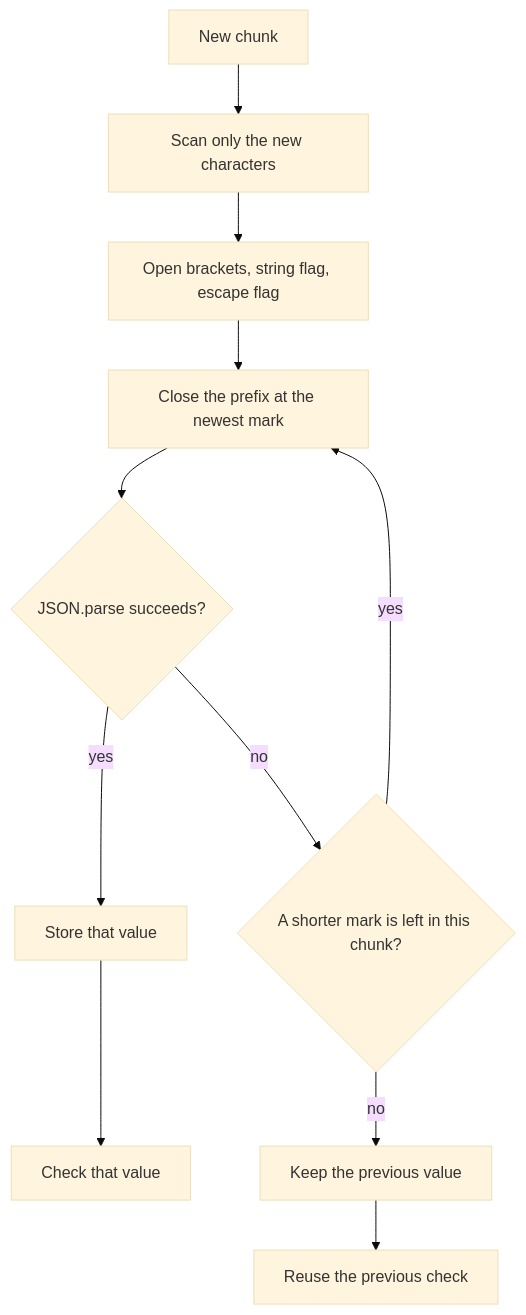
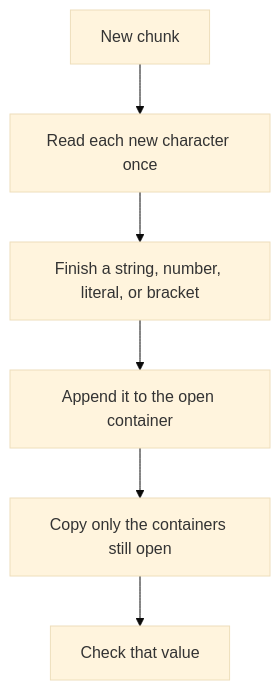
One commit to p10ns11y/adaptate changed the diagram in docs/incremental-parser.md. Above: the diagram before and after it, drawn with Mermaid (base theme). The commit also changed other lines of this file and 5 other files, not shown here.

First line of the commit message:
feat: tokenize partial JSON with a container stack

````diff
--- a/docs/incremental-parser.md
+++ b/docs/incremental-parser.md
@@ -8,13 +8,8 @@
 ```mermaid
 flowchart TD
-  chunk["New chunk"] --> scan["Scan only the new characters"]
-  scan --> marks["Open brackets, string flag, escape flag"]
-  marks --> close["Close the prefix at the newest mark"]
-  close --> parsed{"JSON.parse succeeds?"}
-  parsed -->|yes| keep["Store that value"]
-  parsed -->|no| shorter{"A shorter mark is left in this chunk?"}
-  shorter -->|yes| close
-  shorter -->|no| hold["Keep the previous value"]
-  keep --> check["Check that value"]
-  hold --> reuse["Reuse the previous check"]
+  chunk["New chunk"] --> read["Read each new character once"]
+  read --> token["Finish a string, number, literal, or bracket"]
+  token --> stack["Append it to the open container"]
+  stack --> copy["Copy only the containers still open"]
+  copy --> check["Check that value"]
 ```
````
